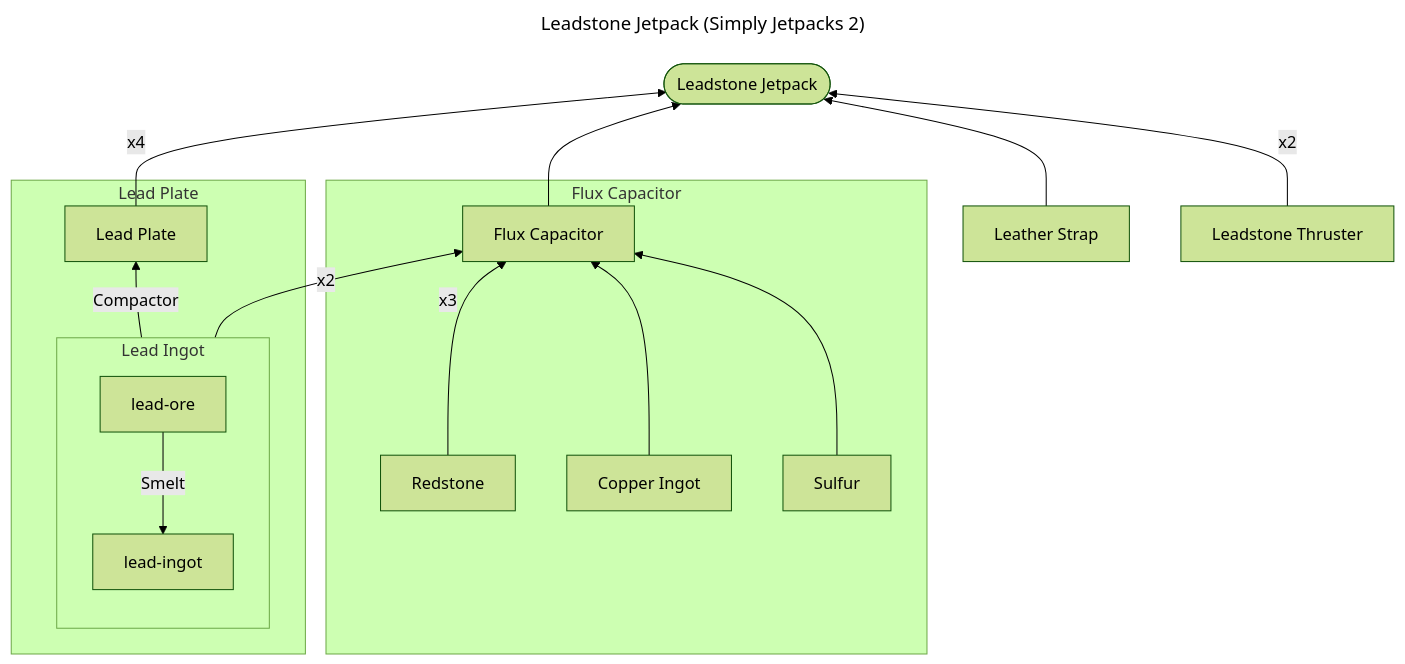
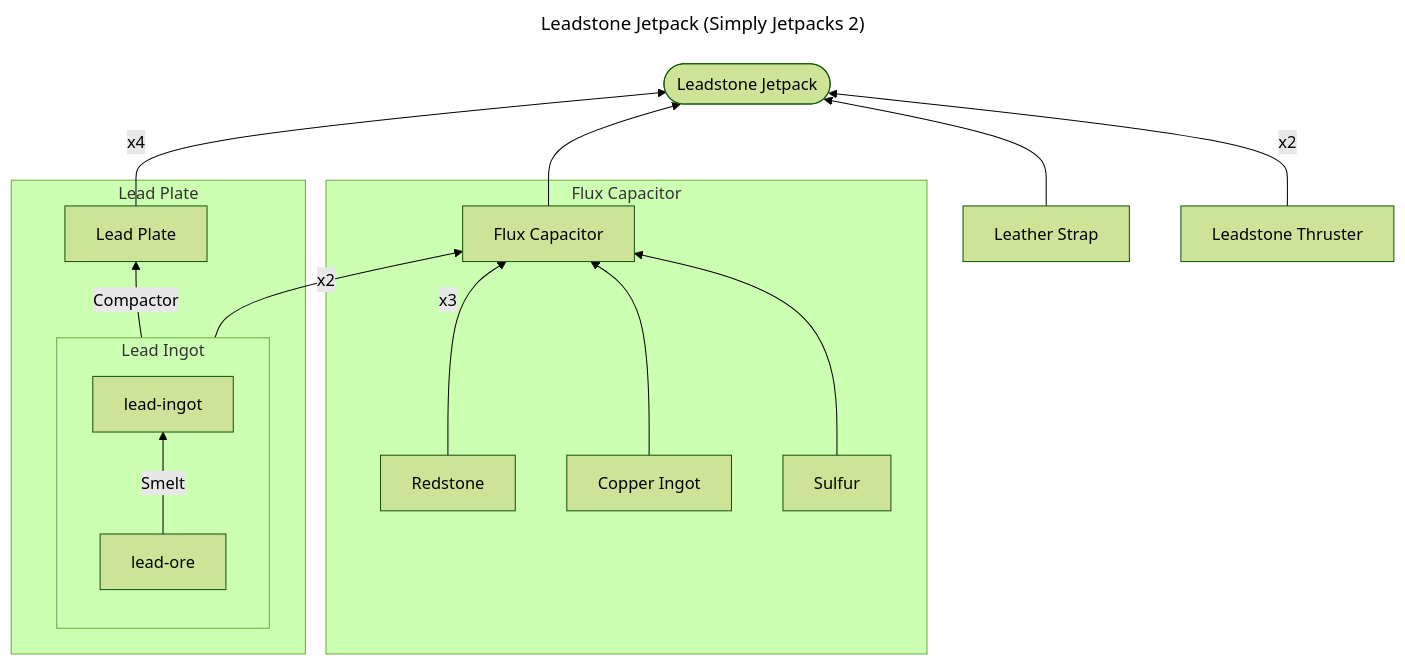
Before and after one commit to res0nat0r/minecraft: the diagram in leadstone-backpack.md, drawn with Mermaid (forest theme).

````diff
--- a/leadstone-backpack.md
+++ b/leadstone-backpack.md
@@ -1,35 +1,36 @@
 ```mermaid
 ---
 title: Leadstone Jetpack (Simply Jetpacks 2)
 ---
 
 flowchart BT
 
 leadstone-jetpack([Leadstone Jetpack])
 
 %% Tier 1
 lead-plate[Lead Plate] --> |x4| leadstone-jetpack
 flux-capacitor[Flux Capacitor] --> leadstone-jetpack
 leather-strap[Leather Strap] --> leadstone-jetpack
 leadstone-thruster[Leadstone Thruster]--> |x2| leadstone-jetpack
 
 %% Lead Plate
 subgraph sg-lead-plate [Lead Plate]
     sg-lead-ingot --> |Compactor| lead-plate
 end
 
 %% Lead Ingot
 subgraph sg-lead-ingot [Lead Ingot]
+    direction BT
     lead-ore --> |Smelt| lead-ingot
 end
 
 %% Flux Capacitor
 subgraph sg-flux-capacitor [Flux Capacitor]
     sg-lead-ingot --> |x2| flux-capacitor
     redstone[Redstone] --> |x3| flux-capacitor
     copper-ingot[Copper Ingot] --> flux-capacitor
     sulfur[Sulfur] --> flux-capacitor
 end
     
 
 ```
````
